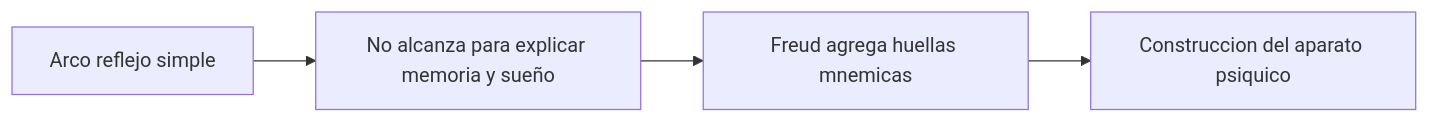
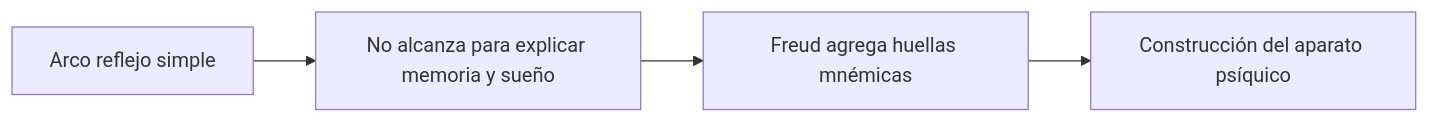
The second of 5 diagrams in libro/bookops/02-sintesis-integrada/05-sueno-y-aparato-psiquico.md (javifernandes/psicoanalisis-freud-laznik), drawn with Mermaid before and after one commit. The commit also changed other lines of this file and 30 other files, not shown here.

````diff
--- a/libro/bookops/02-sintesis-integrada/05-sueno-y-aparato-psiquico.md
+++ b/libro/bookops/02-sintesis-integrada/05-sueno-y-aparato-psiquico.md
@@ -54,6 +49,6 @@
 ```mermaid
 flowchart LR
   A["Arco reflejo simple"] --> B["No alcanza para explicar memoria y sueño"]
-  B --> C["Freud agrega huellas mnemicas"]
-  C --> D["Construccion del aparato psiquico"]
+  B --> C["Freud agrega huellas mnémicas"]
+  C --> D["Construcción del aparato psíquico"]
 ```
````
